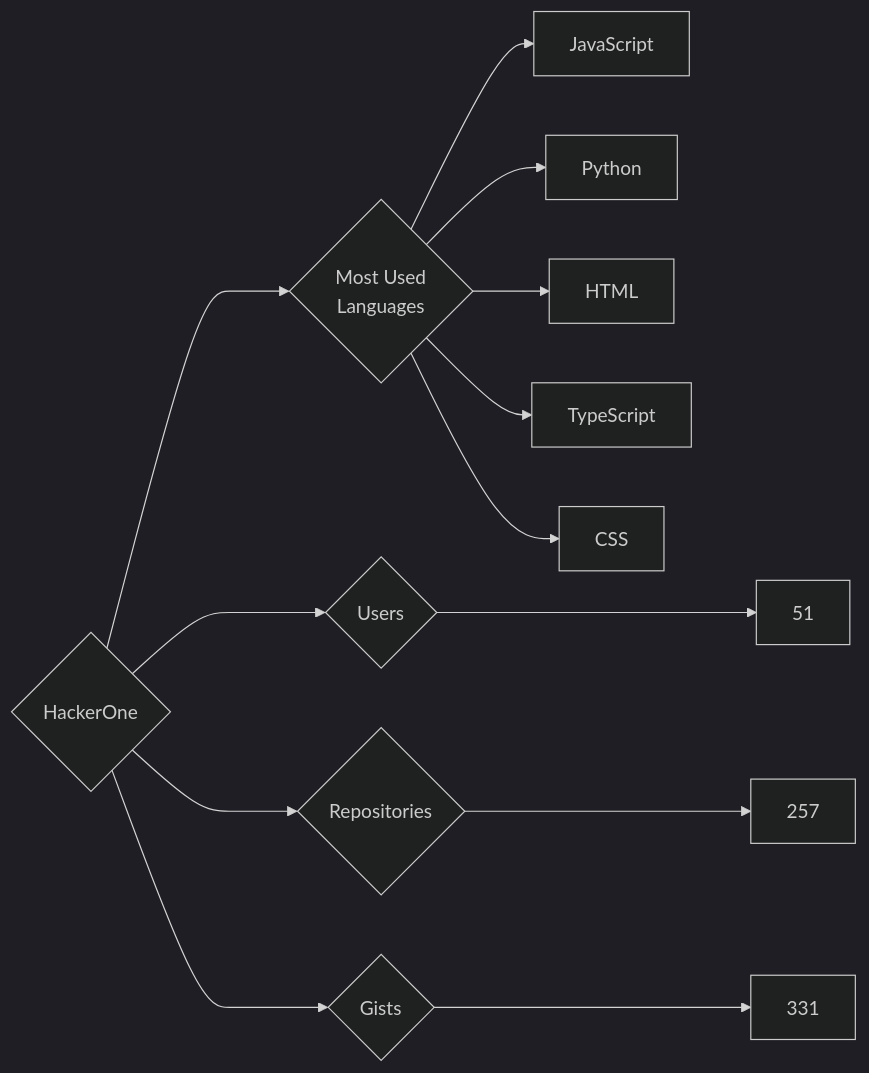
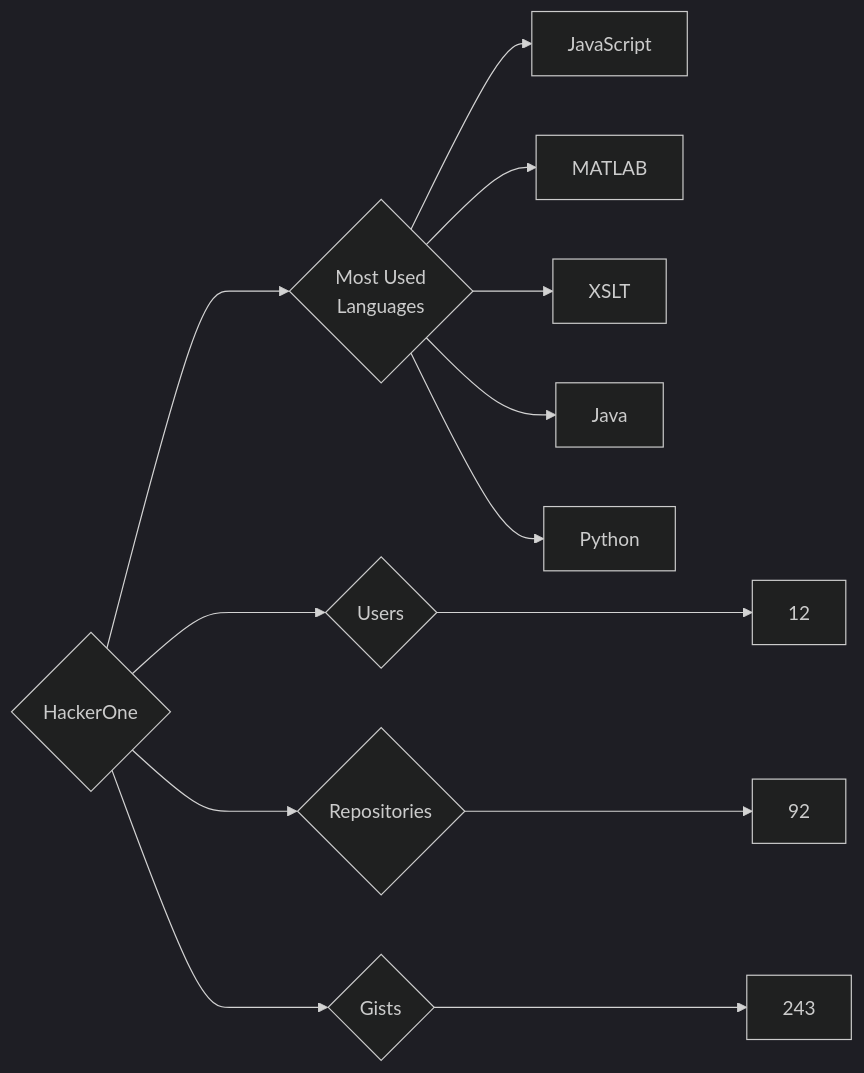
One commit to trickest/insiders changed the diagram in targets/HackerOne/README.md. Above: the diagram before and after it, drawn with Mermaid (dark theme). The commit also changed 676 other files, not shown here.

````diff
--- a/targets/HackerOne/README.md
+++ b/targets/HackerOne/README.md
@@ -3,13 +3,13 @@
 ```mermaid
 graph LR
 COMPANY_NAME{HackerOne}
-COMPANY_NAME ---> U{Users} ---> UN[51]
-COMPANY_NAME ---> R{Repositories} ---> RN[257]
-COMPANY_NAME ---> G{Gists} ---> GN[331]
+COMPANY_NAME ---> U{Users} ---> UN[12]
+COMPANY_NAME ---> R{Repositories} ---> RN[92]
+COMPANY_NAME ---> G{Gists} ---> GN[243]
 COMPANY_NAME ---> ML{Most Used<br>Languages}
 ML --> JavaScript[JavaScript]
+ML --> MATLAB[MATLAB]
+ML --> XSLT[XSLT]
+ML --> Java[Java]
 ML --> Python[Python]
-ML --> HTML[HTML]
-ML --> TypeScript[TypeScript]
-ML --> CSS[CSS]
 ```
````
